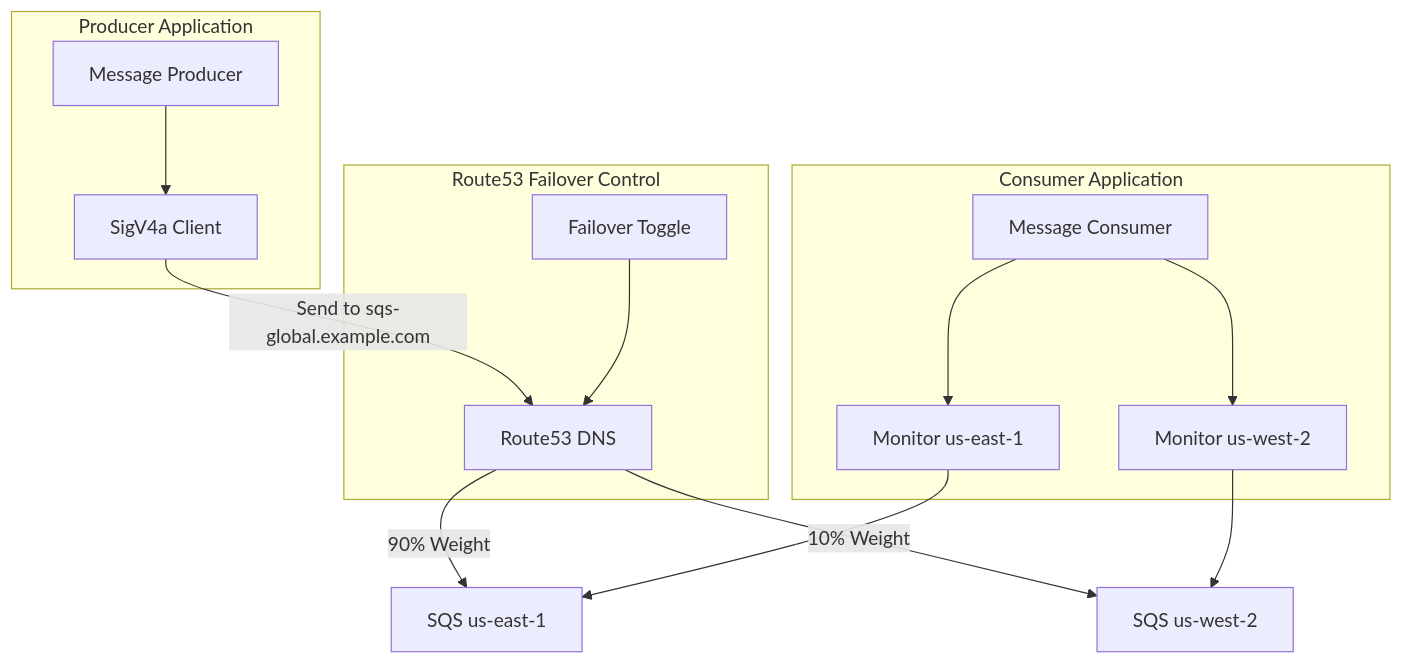
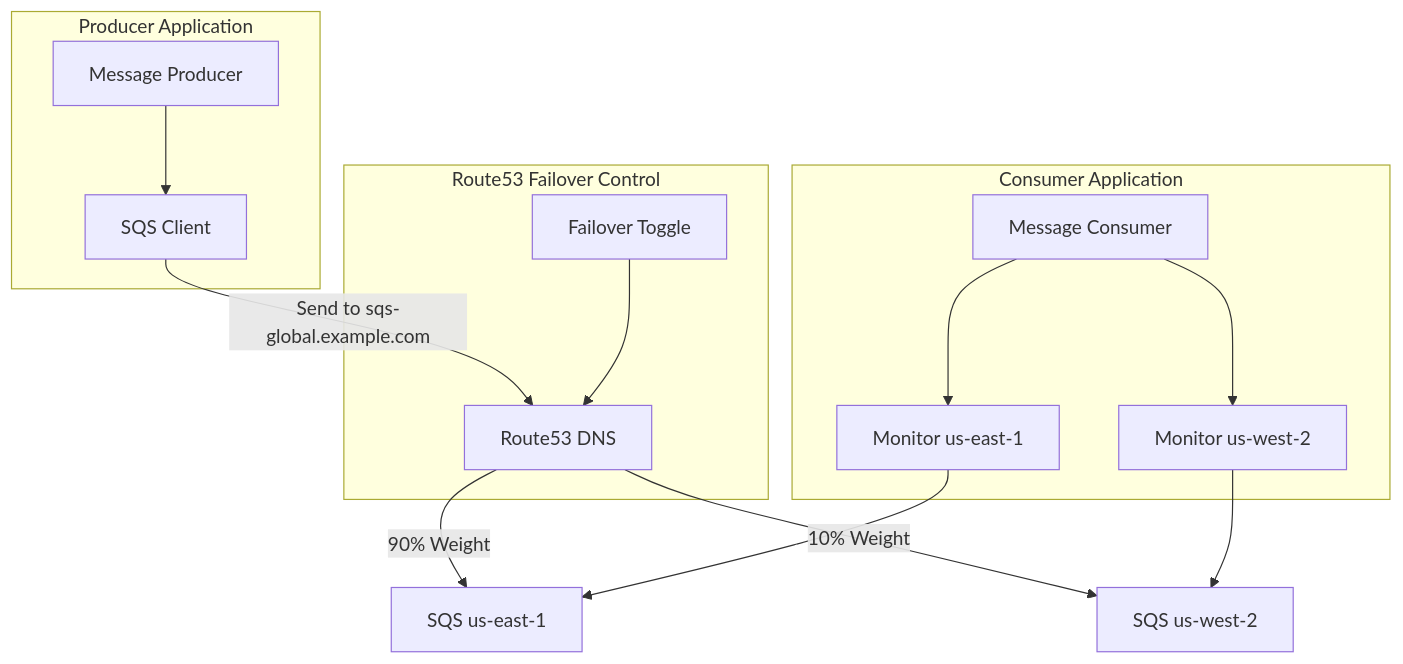
One commit to kaheidt/aws-global-sqs changed the diagram in README.md. Above: the diagram before and after it, drawn with Mermaid. The commit also changed other lines of this file and 10 other files, not shown here.

````diff
--- a/README.md
+++ b/README.md
@@ -7,23 +7,23 @@
 ```mermaid
 graph TB
     subgraph "Producer Application"
-        A[Message Producer] --> B[SigV4a Client]
+        A[Message Producer] --> B[SQS Client]
     end
     
     B -->|"Send to sqs-global.example.com"| C[Route53 DNS]
     
     C -->|"90% Weight"| D[SQS us-east-1]
     C -->|"10% Weight"| E[SQS us-west-2]
     
     subgraph "Consumer Application"
         F[Message Consumer] --> G[Monitor us-east-1]
         F --> H[Monitor us-west-2]
     end
     
     G --> D
     H --> E
     
     subgraph "Route53 Failover Control"
         I[Failover Toggle] --> C
     end
 ```
````
